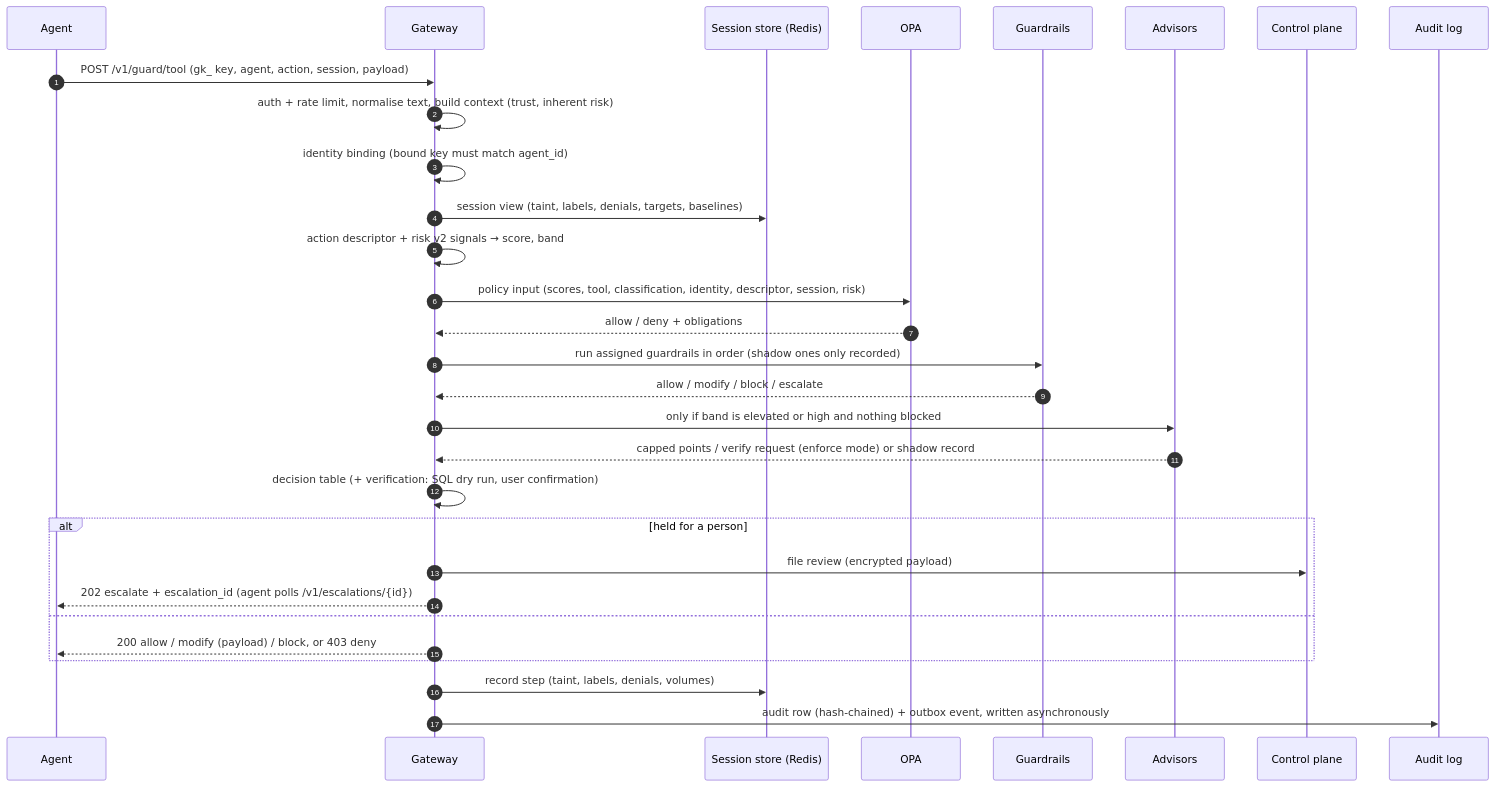
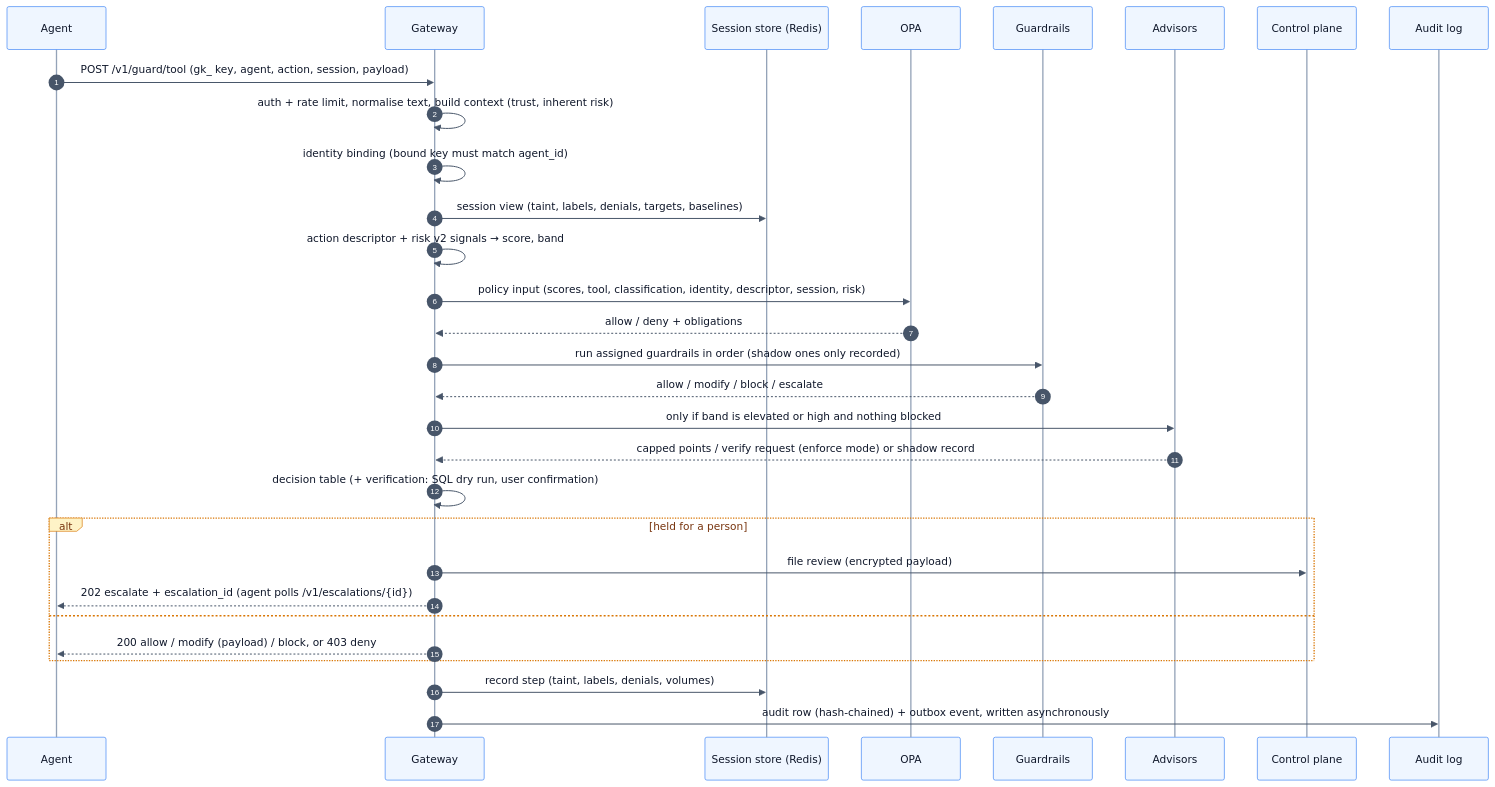
Before and after one commit to ramsha287/policy-guardrails-agent: the second of 4 diagrams in docs/architecture.md, drawn with Mermaid. The commit also changed other lines of this file and 2 other files, not shown here.

First line of the commit message:
Fix flaky playground poll check; colour the architecture diagrams

````diff
--- a/docs/architecture.md
+++ b/docs/architecture.md
@@ -63,32 +75,33 @@
 ```mermaid
+%%{init: {"theme": "base", "themeVariables": {"primaryTextColor": "#0f172a", "actorBkg": "#eff6ff", "actorBorder": "#3b82f6", "actorTextColor": "#0f172a", "actorLineColor": "#94a3b8", "signalColor": "#475569", "signalTextColor": "#0f172a", "labelBoxBkgColor": "#fef3c7", "labelBoxBorderColor": "#d97706", "labelTextColor": "#78350f", "loopTextColor": "#78350f", "altSectionBkgColor": "#f8fafc", "sequenceNumberColor": "#ffffff", "noteBkgColor": "#ecfdf5", "noteBorderColor": "#059669"}}}%%
 sequenceDiagram
   autonumber
   participant Ag as Agent
   participant GW as Gateway
   participant S as Session store (Redis)
   participant O as OPA
   participant G as Guardrails
   participant Adv as Advisors
   participant CP as Control plane
   participant DB as Audit log
   Ag->>GW: POST /v1/guard/tool (gk_ key, agent, action, session, payload)
   GW->>GW: auth + rate limit, normalise text, build context (trust, inherent risk)
   GW->>GW: identity binding (bound key must match agent_id)
   GW->>S: session view (taint, labels, denials, targets, baselines)
   GW->>GW: action descriptor + risk v2 signals → score, band
   GW->>O: policy input (scores, tool, classification, identity, descriptor, session, risk)
   O-->>GW: allow / deny + obligations
   GW->>G: run assigned guardrails in order (shadow ones only recorded)
   G-->>GW: allow / modify / block / escalate
   GW->>Adv: only if band is elevated or high and nothing blocked
   Adv-->>GW: capped points / verify request (enforce mode) or shadow record
   GW->>GW: decision table (+ verification: SQL dry run, user confirmation)
   alt held for a person
     GW->>CP: file review (encrypted payload)
     GW-->>Ag: 202 escalate + escalation_id (agent polls /v1/escalations/{id})
   else
     GW-->>Ag: 200 allow / modify (payload) / block, or 403 deny
   end
   GW->>S: record step (taint, labels, denials, volumes)
   GW->>DB: audit row (hash-chained) + outbox event, written asynchronously
 ```
````
